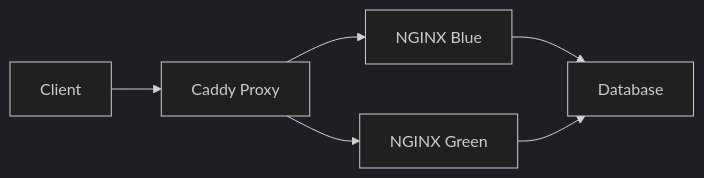
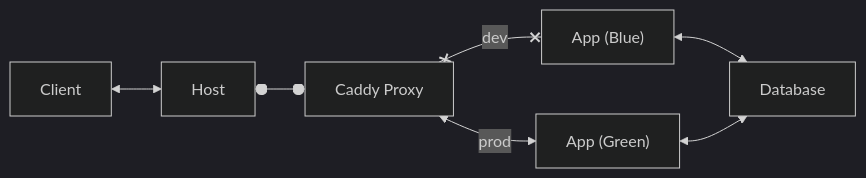
The diagram in README.md (latelatelate/cyan), drawn with Mermaid (dark theme) before and after one commit. The commit also changed other lines of this file and 1 other file, not shown here.

````diff
--- a/README.md
+++ b/README.md
@@ -5,8 +5,9 @@
 ```mermaid
 graph LR;
-    A[Client]-->B[Caddy Proxy];
-    B-->C[NGINX Blue];
-    B-->D[NGINX Green];
-    C-->Database;
-    D-->Database;
+    A[Client]<-->B[Host];
+    B[Host]o--oC[Caddy Proxy];
+    C x-- dev --xD["App (Blue)"];
+    C<-- prod -->E["App (Green)"];
+    D<-->Database;
+    E<-->Database;
 ```
````
